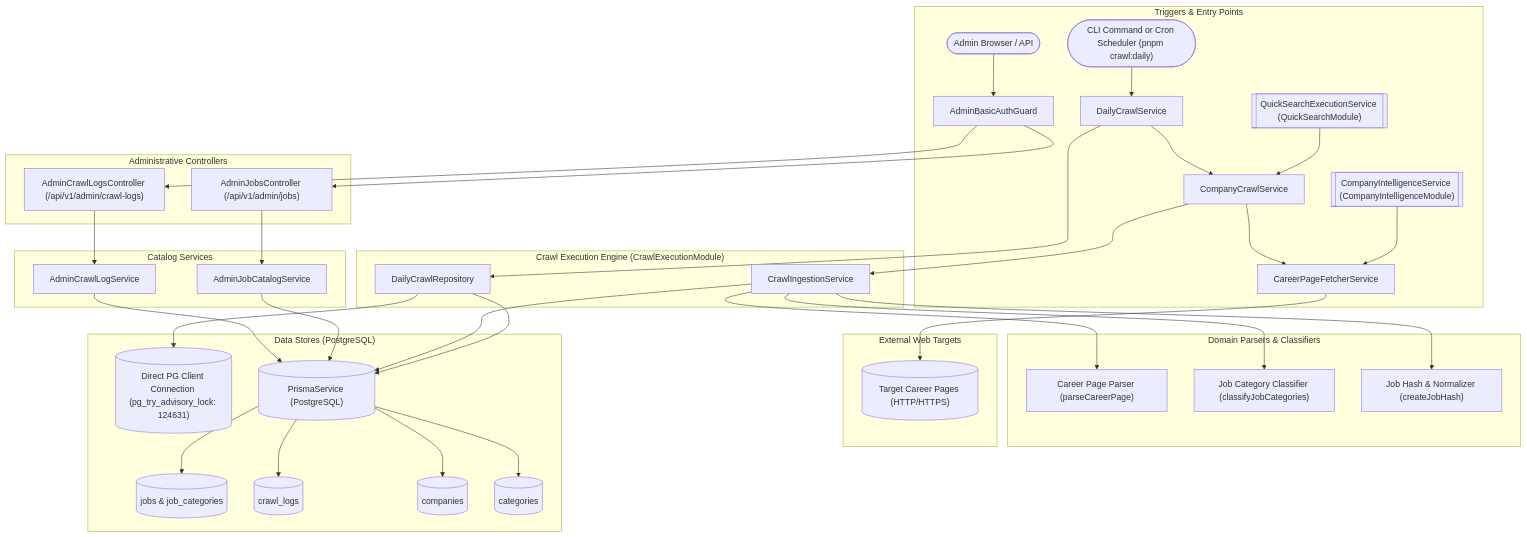
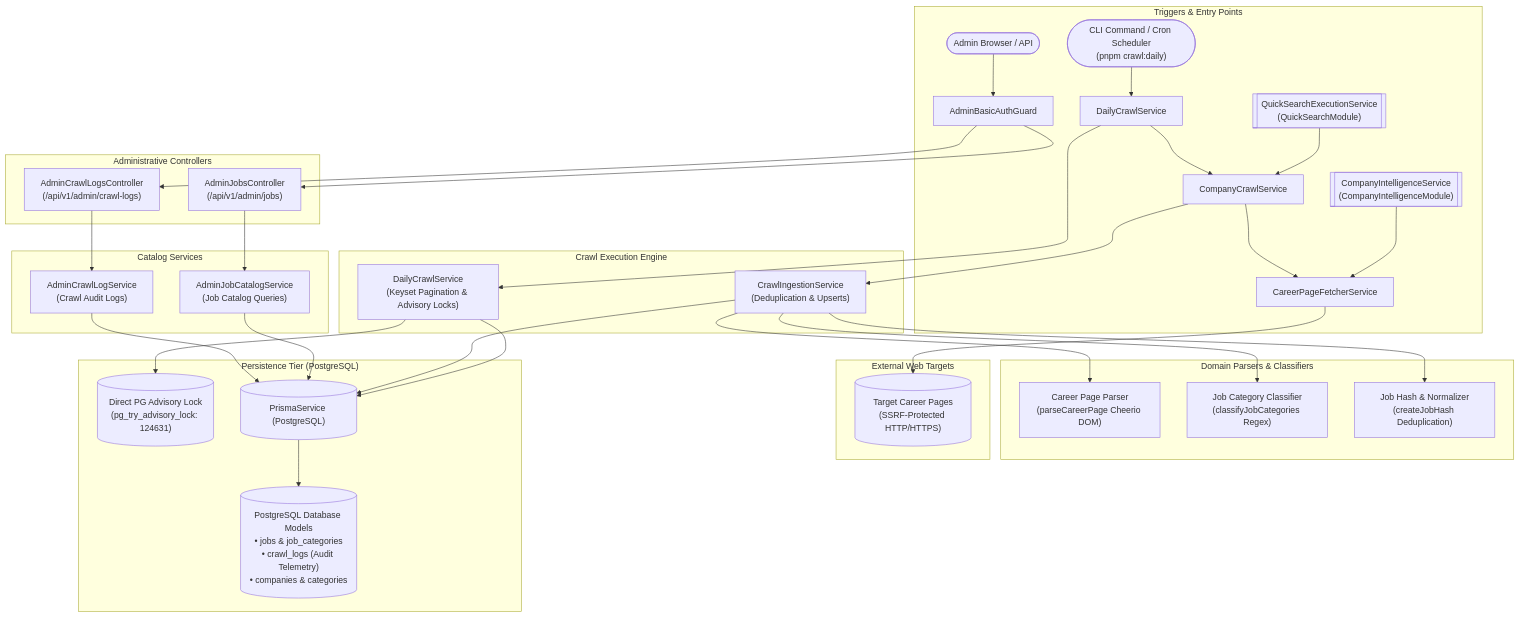
The first of 4 diagrams in backend/src/features/job-crawling/README.md (MohammadSheakh/job-intelligence), drawn with Mermaid before and after one commit. The commit also changed other lines of this file and 19 other files, not shown here.

First line of the commit message:
docs(architecture): add technical diagram specs and enhance feature READMEs

````diff
--- a/backend/src/features/job-crawling/README.md
+++ b/backend/src/features/job-crawling/README.md
@@ -10,56 +10,49 @@
 ```mermaid
 flowchart TD
     subgraph Clients ["Triggers & Entry Points"]
         AdminClient(["Admin Browser / API"]) --> BasicGuard["AdminBasicAuthGuard"]
-        CLI(["CLI Command or Cron Scheduler (pnpm crawl:daily)"]) --> Worker["DailyCrawlService"]
-        QuickSearchSvc[["QuickSearchExecutionService (QuickSearchModule)"]] --> CompanyCrawl["CompanyCrawlService"]
-        CompanyIntellSvc[["CompanyIntelligenceService (CompanyIntelligenceModule)"]] --> Fetcher["CareerPageFetcherService"]
+        CLI(["CLI Command / Cron Scheduler<br/>(pnpm crawl:daily)"]) --> Worker["DailyCrawlService"]
+        QuickSearchSvc[["QuickSearchExecutionService<br/>(QuickSearchModule)"]] --> CompanyCrawl["CompanyCrawlService"]
+        CompanyIntellSvc[["CompanyIntelligenceService<br/>(CompanyIntelligenceModule)"]] --> Fetcher["CareerPageFetcherService"]
     end
 
     subgraph Controllers ["Administrative Controllers"]
-        BasicGuard --> JobsCtrl["AdminJobsController (/api/v1/admin/jobs)"]
-        BasicGuard --> LogsCtrl["AdminCrawlLogsController (/api/v1/admin/crawl-logs)"]
+        BasicGuard --> JobsCtrl["AdminJobsController<br/>(/api/v1/admin/jobs)"]
+        BasicGuard --> LogsCtrl["AdminCrawlLogsController<br/>(/api/v1/admin/crawl-logs)"]
     end
 
     subgraph CatalogServices ["Catalog Services"]
-        JobsCtrl --> JobsSvc["AdminJobCatalogService"]
-        LogsCtrl --> LogsSvc["AdminCrawlLogService"]
+        JobsCtrl --> JobsSvc["AdminJobCatalogService<br/>(Job Catalog Queries)"]
+        LogsCtrl --> LogsSvc["AdminCrawlLogService<br/>(Crawl Audit Logs)"]
     end
 
-    subgraph CrawlEngine ["Crawl Execution Engine (CrawlExecutionModule)"]
-        Worker --> DailyRepo["DailyCrawlRepository"]
+    subgraph CrawlEngine ["Crawl Execution Engine"]
+        Worker --> DailyRepo["DailyCrawlService<br/>(Keyset Pagination & Advisory Locks)"]
         Worker --> CompanyCrawl
         CompanyCrawl --> Fetcher
-        CompanyCrawl --> Ingestion["CrawlIngestionService"]
+        CompanyCrawl --> Ingestion["CrawlIngestionService<br/>(Deduplication & Upserts)"]
     end
 
     subgraph DomainLogic ["Domain Parsers & Classifiers"]
-        Ingestion --> PageParser["Career Page Parser (parseCareerPage)"]
-        Ingestion --> Classifier["Job Category Classifier (classifyJobCategories)"]
-        Ingestion --> Normalizer["Job Hash & Normalizer (createJobHash)"]
+        Ingestion --> PageParser["Career Page Parser<br/>(parseCareerPage Cheerio DOM)"]
+        Ingestion --> Classifier["Job Category Classifier<br/>(classifyJobCategories Regex)"]
+        Ingestion --> Normalizer["Job Hash & Normalizer<br/>(createJobHash Deduplication)"]
     end
 
     subgraph ExternalWeb ["External Web Targets"]
-        Fetcher --> TargetWeb[("Target Career Pages (HTTP/HTTPS)")]
+        Fetcher --> TargetWeb[("Target Career Pages<br/>(SSRF-Protected HTTP/HTTPS)")]
     end
 
-    subgraph DataStorage ["Data Stores (PostgreSQL)"]
-        DirectConn[("Direct PG Client Connection (pg_try_advisory_lock: 124631)")]
+    subgraph DataStorage ["Persistence Tier (PostgreSQL)"]
+        DirectConn[("Direct PG Advisory Lock<br/>(pg_try_advisory_lock: 124631)")]
         Prisma[("PrismaService (PostgreSQL)")]
-        JobsModel[("jobs & job_categories")]
-        LogsModel[("crawl_logs")]
-        CompaniesModel[("companies")]
-        CategoriesModel[("categories")]
+        DBTables[("PostgreSQL Database Models<br/>• jobs & job_categories<br/>• crawl_logs (Audit Telemetry)<br/>• companies & categories")]
     end
 
     DailyRepo --> DirectConn
     DailyRepo --> Prisma
     Ingestion --> Prisma
     JobsSvc --> Prisma
     LogsSvc --> Prisma
-
-    Prisma --> JobsModel
-    Prisma --> LogsModel
-    Prisma --> CompaniesModel
-    Prisma --> CategoriesModel
+    Prisma --> DBTables
 ```
````
